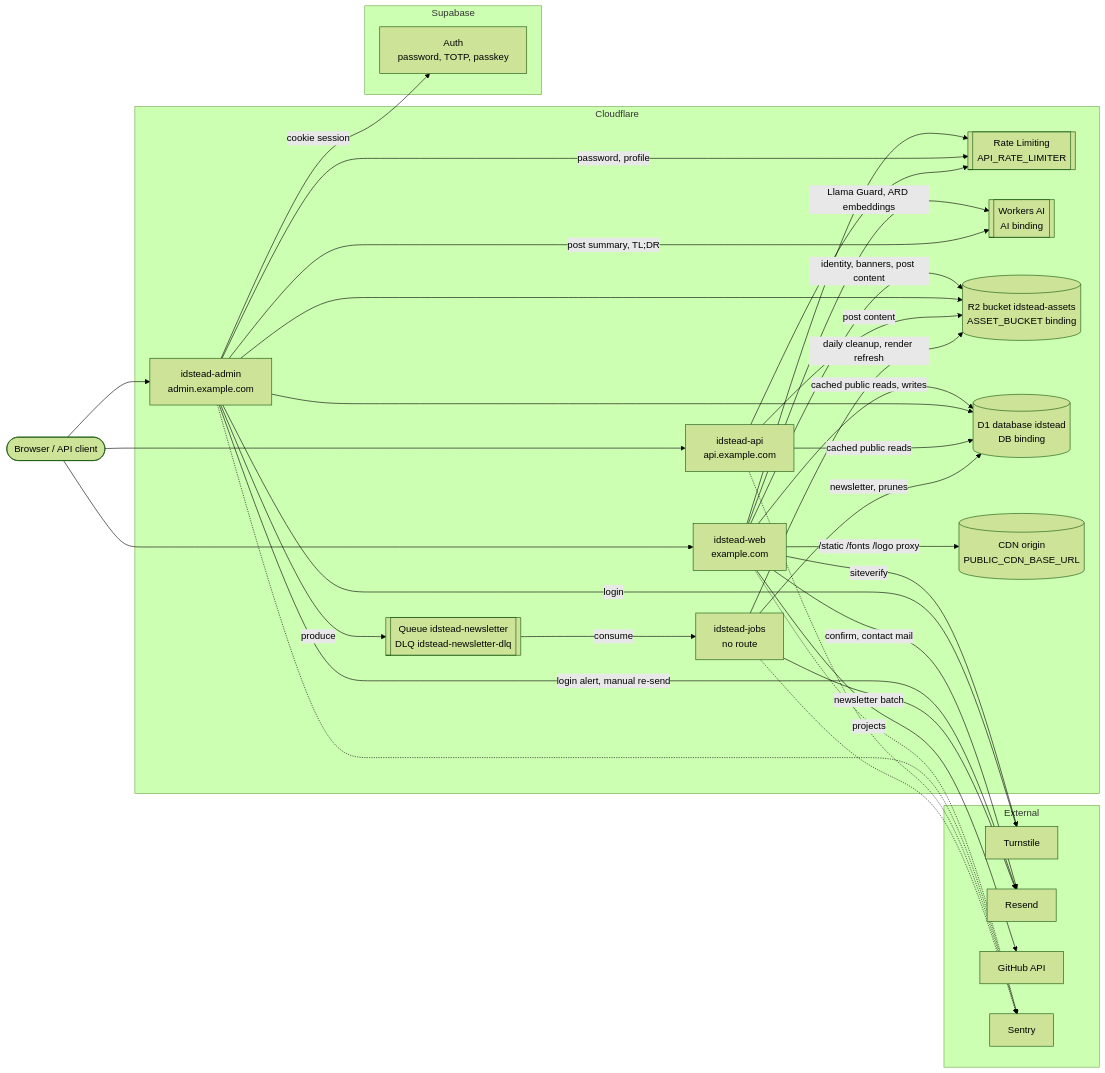
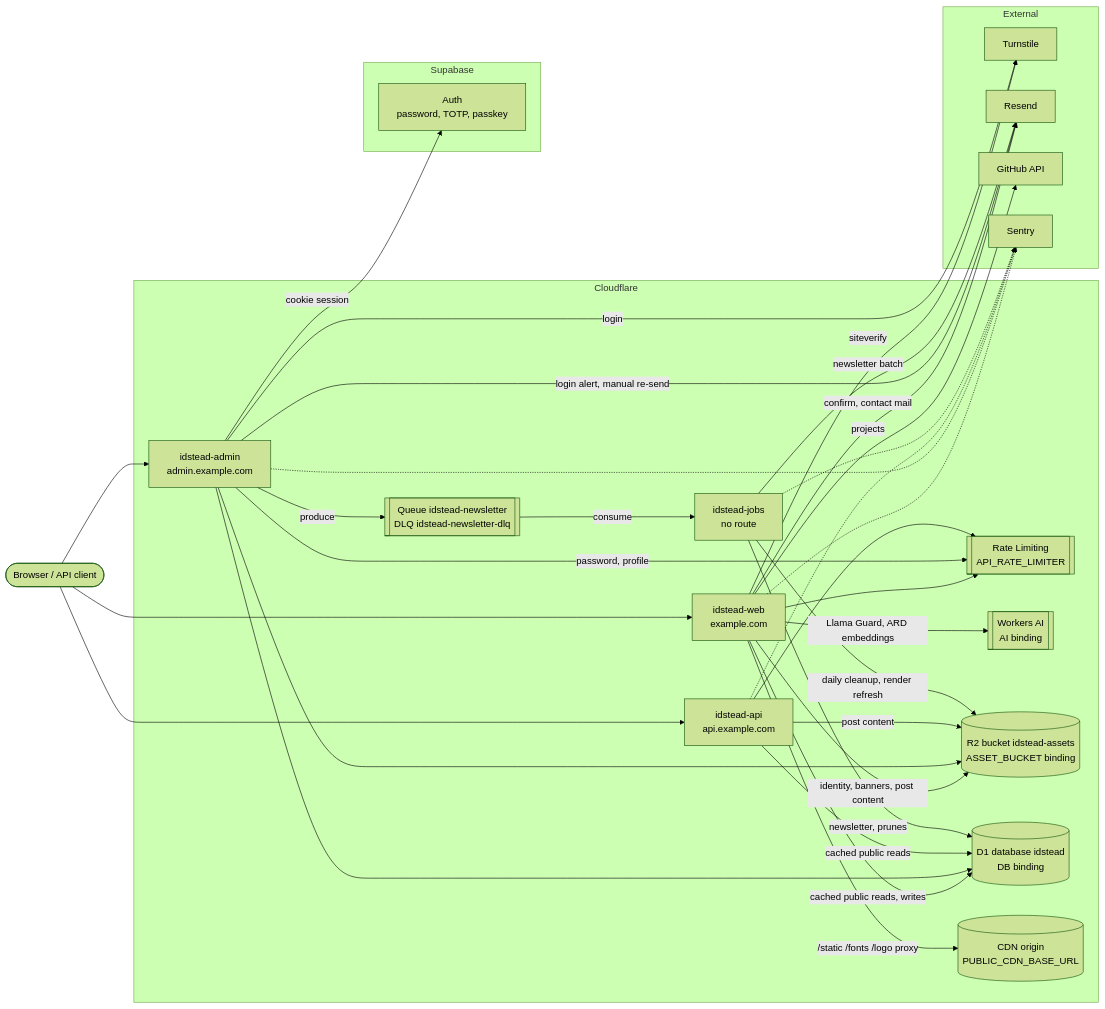
One commit to farhnkrnapratma/idstead changed the diagram in docs/003-architecture/001-component-map.md. Above: the diagram before and after it, drawn with Mermaid (forest theme). The commit also changed 34 other files, not shown here.

````diff
--- a/docs/003-architecture/001-component-map.md
+++ b/docs/003-architecture/001-component-map.md
@@ -5,64 +5,63 @@
 ```mermaid
 flowchart LR
     Browser(["Browser / API client"])
 
     subgraph CF["Cloudflare"]
         WEB["idstead-web<br/>example.com"]
         ADMIN["idstead-admin<br/>admin.example.com"]
         API["idstead-api<br/>api.example.com"]
         JOBS["idstead-jobs<br/>no route"]
         RL[["Rate Limiting<br/>API_RATE_LIMITER"]]
         AI[["Workers AI<br/>AI binding"]]
         Q[["Queue idstead-newsletter<br/>DLQ idstead-newsletter-dlq"]]
         R2[("R2 bucket idstead-assets<br/>ASSET_BUCKET binding")]
         D1[("D1 database idstead<br/>DB binding")]
         CDN[("CDN origin<br/>PUBLIC_CDN_BASE_URL")]
     end
 
     subgraph SB["Supabase"]
         AUTH["Auth<br/>password, TOTP, passkey"]
     end
 
     subgraph EXT["External"]
         TS["Turnstile"]
         RS["Resend"]
         GH["GitHub API"]
         SEN["Sentry"]
     end
 
     Browser --> WEB
     Browser --> ADMIN
     Browser --> API
 
     WEB -->|"cached public reads, writes"| D1
     WEB -->|"identity, banners, post content"| R2
     WEB -->|"/static /fonts /logo proxy"| CDN
     WEB --> RL
     WEB -->|"Llama Guard, ARD embeddings"| AI
     WEB -->|"siteverify"| TS
     WEB -->|"confirm, contact mail"| RS
     WEB -->|"projects"| GH
 
     ADMIN -->|"cookie session"| AUTH
     ADMIN --> D1
     ADMIN --> R2
     ADMIN -->|"password, profile"| RL
-    ADMIN -->|"post summary, TL;DR"| AI
     ADMIN -->|"login"| TS
     ADMIN -->|"login alert, manual re-send"| RS
     ADMIN -->|"produce"| Q
 
     API -->|"cached public reads"| D1
     API -->|"post content"| R2
     API --> RL
 
     Q -->|"consume"| JOBS
     JOBS -->|"newsletter, prunes"| D1
     JOBS -->|"newsletter batch"| RS
     JOBS -->|"daily cleanup, render refresh"| R2
 
     WEB -.-> SEN
     ADMIN -.-> SEN
     API -.-> SEN
     JOBS -.-> SEN
 ```
````
